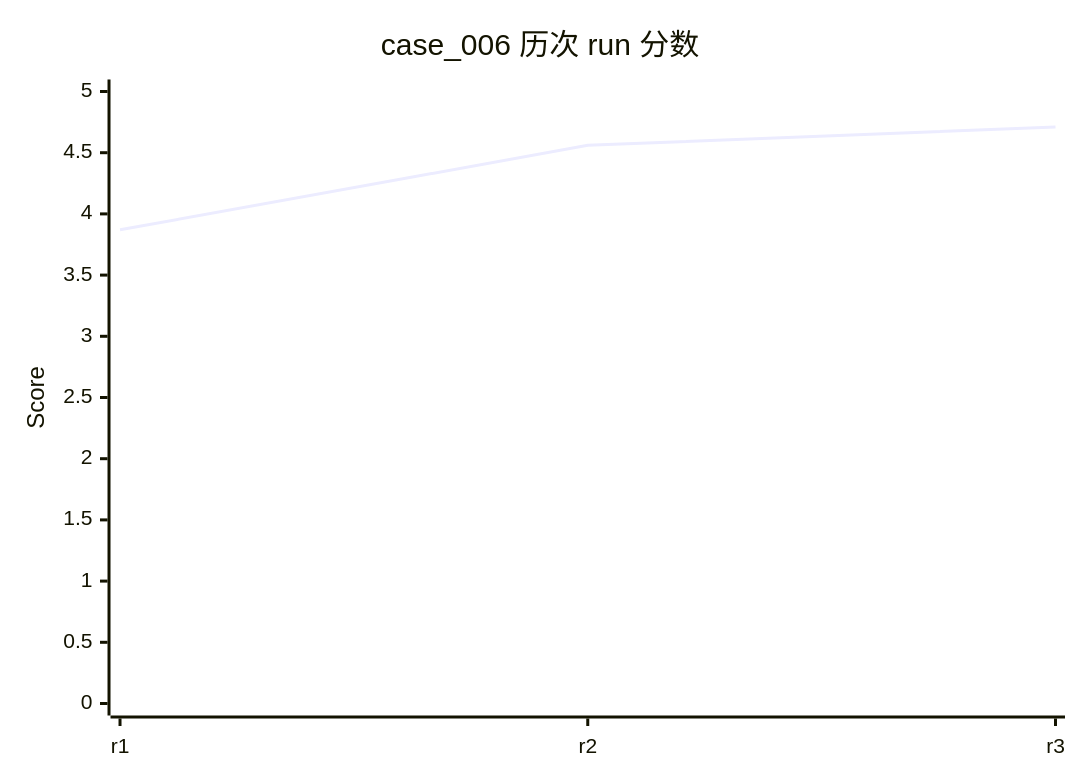
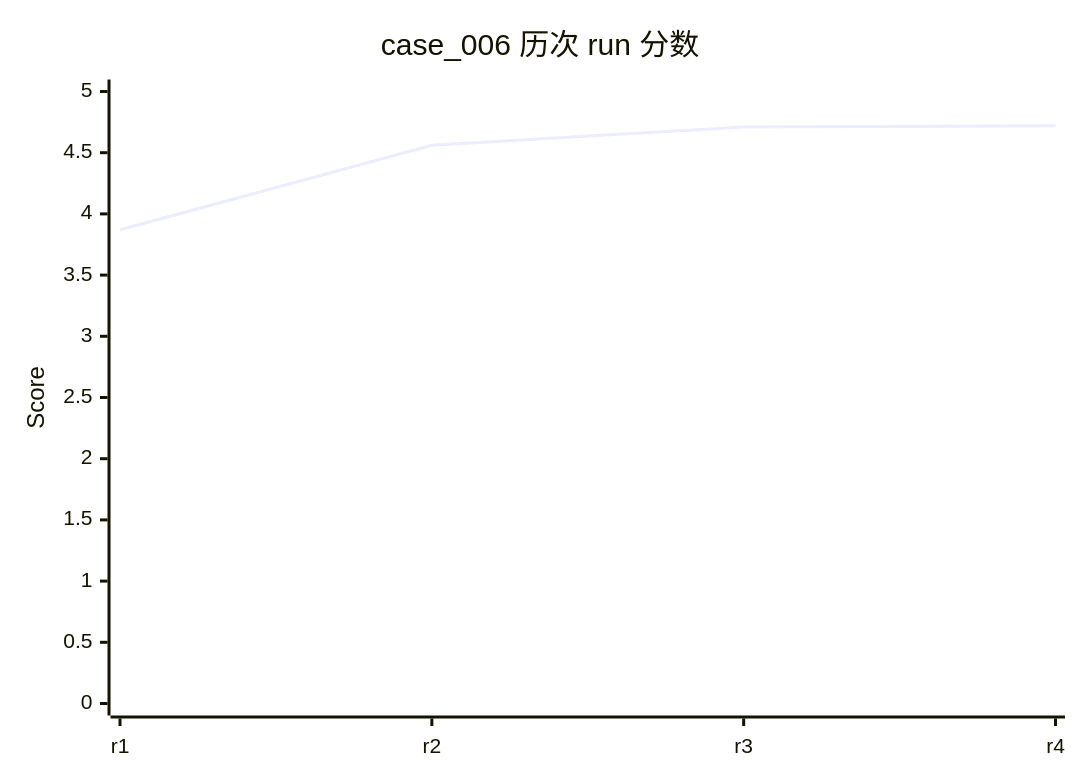
One commit to rushengzhou/sid-code changed diagram 12 of 58 in evals/DASHBOARD.md. Above: the diagram before and after it, drawn with Mermaid. The commit also changed other lines of this file and 34 other files, not shown here.

````diff
--- a/evals/DASHBOARD.md
+++ b/evals/DASHBOARD.md
@@ -302,7 +307,7 @@
 ```mermaid
 xychart-beta
     title "case_006 历次 run 分数"
-    x-axis [r1, r2, r3]
+    x-axis [r1, r2, r3, r4]
     y-axis "Score" 0 --> 5
-    line [3.87, 4.56, 4.71]
+    line [3.87, 4.56, 4.71, 4.72]
 ```
````
